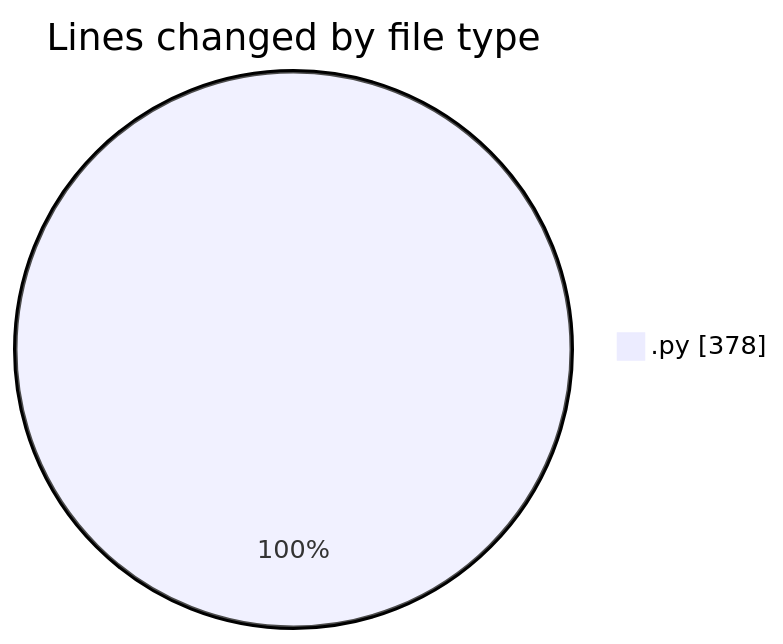
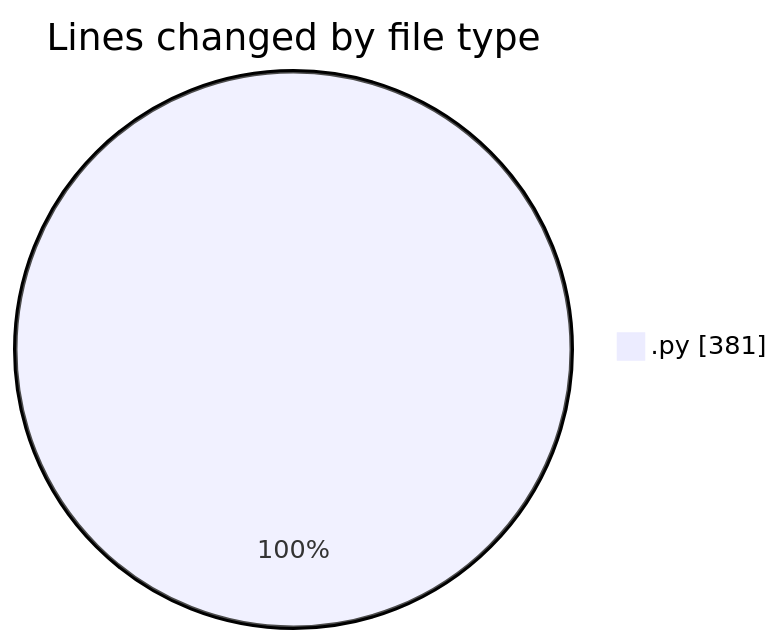
One commit to MatusMokan/code-tracking changed the first of 2 diagrams in 2025-01-12/myws__workspace_/README.md. Above: the diagram before and after it, drawn with Mermaid. The commit also changed other lines of this file and 1 other file, not shown here.

````diff
--- a/2025-01-12/myws__workspace_/README.md
+++ b/2025-01-12/myws__workspace_/README.md
@@ -21,5 +21,5 @@
 ```mermaid
 pie showData
 title Lines changed by file type
-".py" : 378
+".py" : 381
 ```
````
